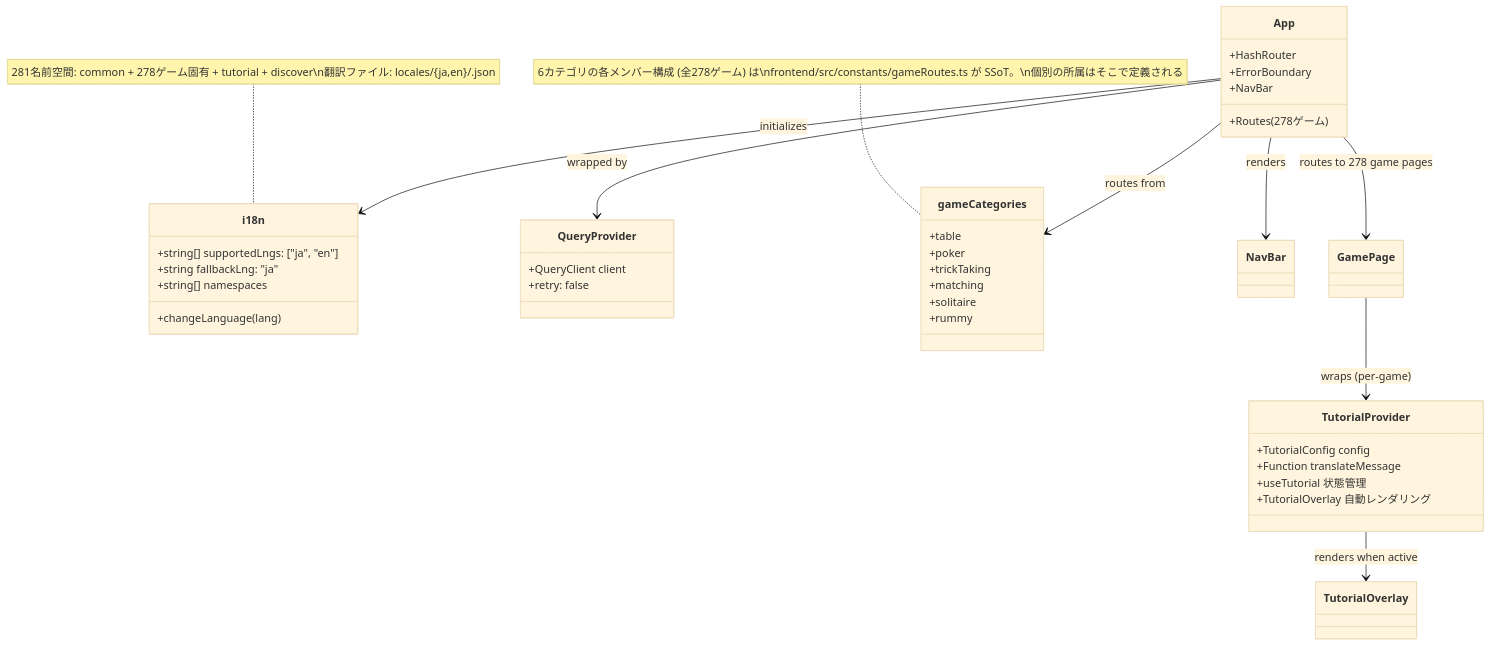
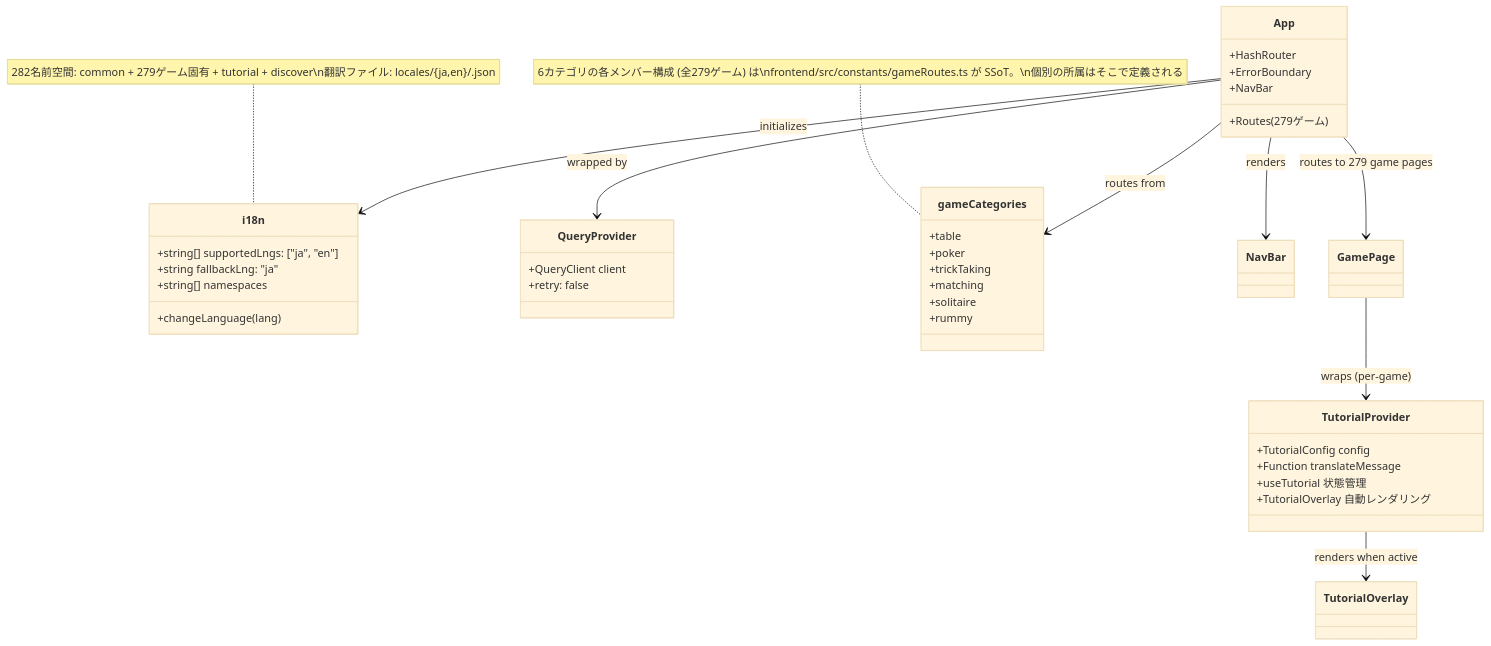
Before and after one commit to yuta-yoshinaga/go_trumpcards: the ninth of 49 diagrams in docs/design/frontend.md, drawn with Mermaid (base theme). The commit also changed other lines of this file and 61 other files, not shown here.

````diff
--- a/docs/design/frontend.md
+++ b/docs/design/frontend.md
@@ -1869,48 +1869,48 @@
 ```mermaid
 classDiagram
     class i18n {
         +string[] supportedLngs: ["ja", "en"]
         +string fallbackLng: "ja"
         +string[] namespaces
         +changeLanguage(lang)
     }
 
     class QueryProvider {
         +QueryClient client
         +retry: false
     }
 
     class App {
         +HashRouter
         +ErrorBoundary
         +NavBar
-        +Routes (278ゲーム)
+        +Routes (279ゲーム)
     }
 
     class gameCategories {
         +table
         +poker
         +trickTaking
         +matching
         +solitaire
         +rummy
     }
-    note for gameCategories "6カテゴリの各メンバー構成 (全278ゲーム) は\nfrontend/src/constants/gameRoutes.ts が SSoT。\n個別の所属はそこで定義される"
+    note for gameCategories "6カテゴリの各メンバー構成 (全279ゲーム) は\nfrontend/src/constants/gameRoutes.ts が SSoT。\n個別の所属はそこで定義される"
 
     class TutorialProvider {
         +TutorialConfig config
         +Function translateMessage
         +useTutorial 状態管理
         +TutorialOverlay 自動レンダリング
     }
 
     App --> QueryProvider : wrapped by
     App --> i18n : initializes
     App --> gameCategories : routes from
     App --> NavBar : renders
-    App --> GamePage : routes to 278 game pages
+    App --> GamePage : routes to 279 game pages
     GamePage --> TutorialProvider : wraps (per-game)
     TutorialProvider --> TutorialOverlay : renders when active
 
-    note for i18n "281名前空間: common + 278ゲーム固有 + tutorial + discover\n翻訳ファイル: locales/{ja,en}/<game>.json"
+    note for i18n "282名前空間: common + 279ゲーム固有 + tutorial + discover\n翻訳ファイル: locales/{ja,en}/<game>.json"
 ```
````
